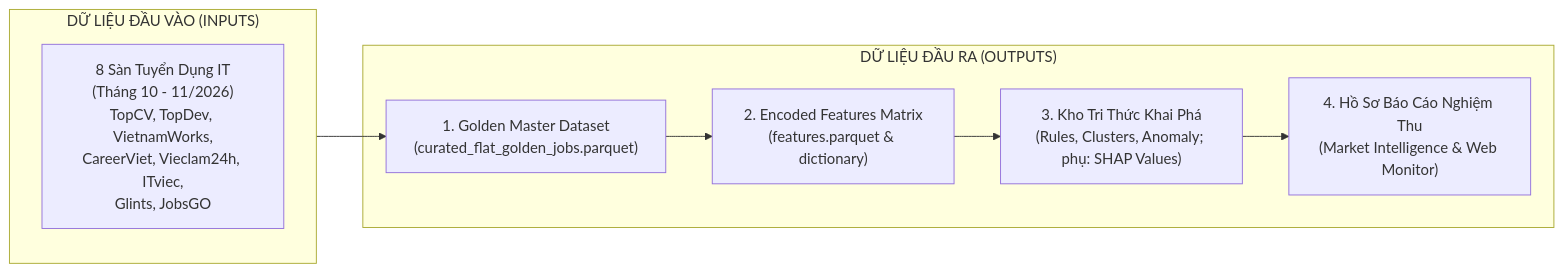
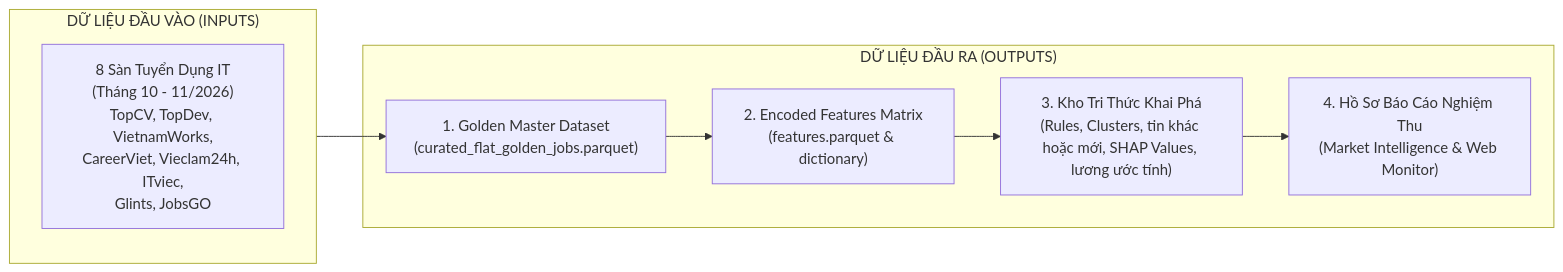
Before and after one commit to Archduker/VN-IT-Job-Mining: the second of 2 diagrams in docs/spec/01_product_spec.md, drawn with Mermaid. The commit also changed other lines of this file and 90 other files, not shown here.

````diff
--- a/docs/spec/01_product_spec.md
+++ b/docs/spec/01_product_spec.md
@@ -112,18 +83,18 @@
 ```mermaid
 flowchart LR
     subgraph Inputs["DỮ LIỆU ĐẦU VÀO (INPUTS)"]
         Raw["8 Sàn Tuyển Dụng IT\n(Tháng 10 - 11/2026)\nTopCV, TopDev, VietnamWorks,\nCareerViet, Vieclam24h, ITviec,\nGlints, JobsGO"]
     end
 
     subgraph CoreOutputs["DỮ LIỆU ĐẦU RA (OUTPUTS)"]
         D1["1. Golden Master Dataset\n(curated_flat_golden_jobs.parquet)"]
         D2["2. Encoded Features Matrix\n(features.parquet & dictionary)"]
-        D3["3. Kho Tri Thức Khai Phá\n(Rules, Clusters, Anomaly; phụ: SHAP Values)"]
+        D3["3. Kho Tri Thức Khai Phá\n(Rules, Clusters, tin khác hoặc mới, SHAP Values, lương ước tính)"]
         D4["4. Hồ Sơ Báo Cáo Nghiệm Thu\n(Market Intelligence & Web Monitor)"]
     end
 
     Inputs --> D1
     D1 --> D2
     D2 --> D3
     D3 --> D4
 ```
````
